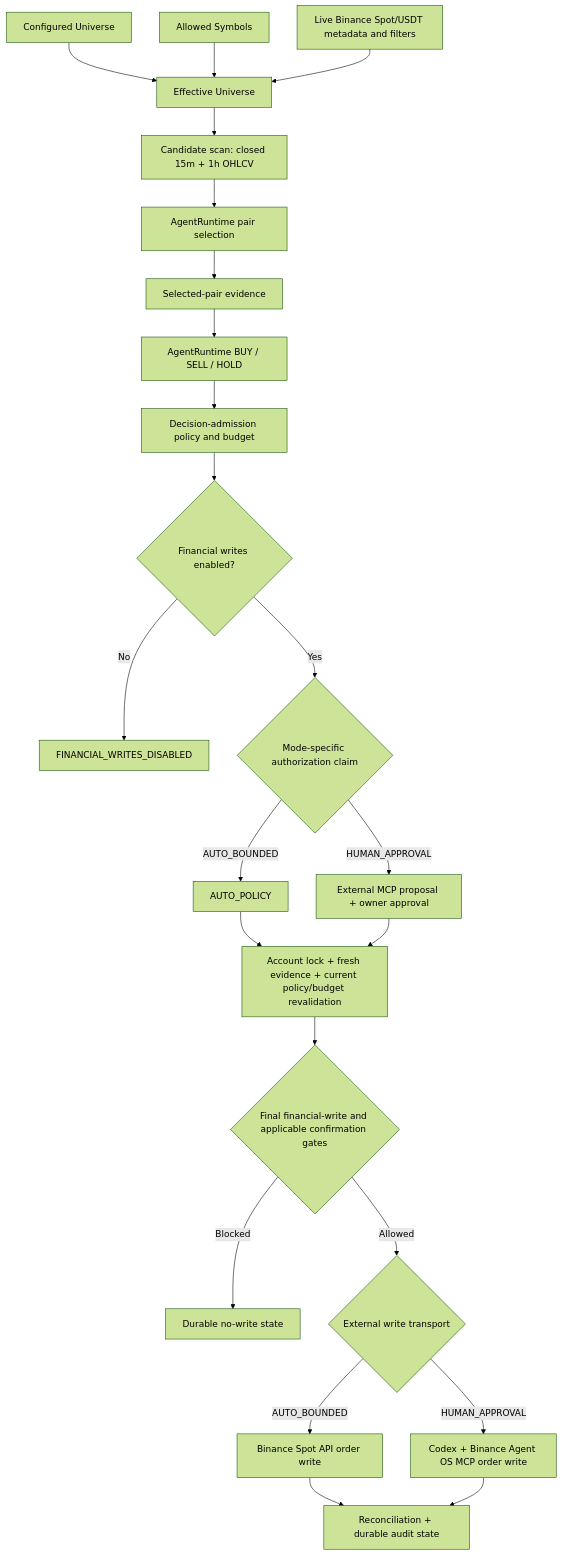
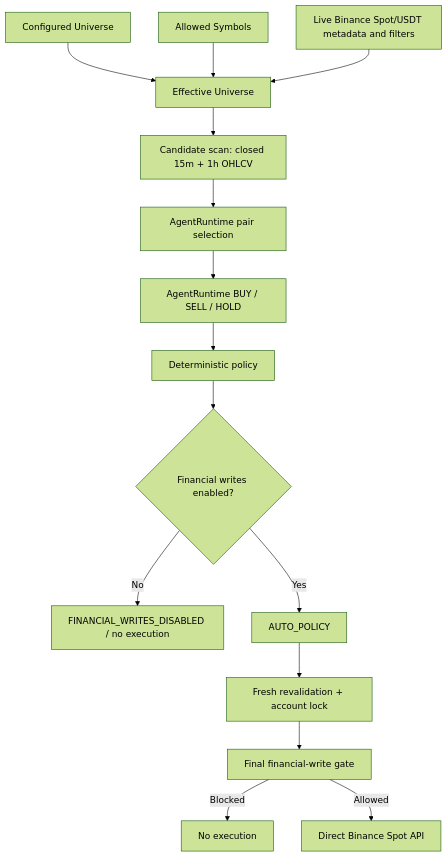
The first of 2 diagrams in docs/ARCHITECTURE.md (riyannode/DARWIN), drawn with Mermaid (forest theme) before and after one commit. The commit also changed other lines of this file and 6 other files, not shown here.

First line of the commit message:
docs: sync architecture with current runtime (#12)

````diff
--- a/docs/ARCHITECTURE.md
+++ b/docs/ARCHITECTURE.md
@@ -16,25 +18,17 @@
 ```mermaid
 flowchart TD
     C[Configured Universe] --> E[Effective Universe]
     A[Allowed Symbols] --> E
     B[Live Binance Spot/USDT metadata and filters] --> E
     E --> S[Candidate scan: closed 15m + 1h OHLCV]
     S --> P[AgentRuntime pair selection]
-    P --> D[Selected-pair evidence]
-    D --> M[AgentRuntime BUY / SELL / HOLD]
-    M --> G[Decision-admission policy and budget]
-    G --> W{Financial writes enabled?}
-    W -->|No| N[FINANCIAL_WRITES_DISABLED]
-    W -->|Yes| X{Mode-specific authorization claim}
-    X -->|AUTO_BOUNDED| AA[AUTO_POLICY]
-    X -->|HUMAN_APPROVAL| HA[External MCP proposal + owner approval]
-    AA --> Q[Account lock + fresh evidence + current policy/budget revalidation]
-    HA --> Q
-    Q --> F{Final financial-write and applicable confirmation gates}
-    F -->|Blocked| K[Durable no-write state]
-    F -->|Allowed| T{External write transport}
-    T -->|AUTO_BOUNDED| R[Binance Spot API order write]
-    T -->|HUMAN_APPROVAL| H[Codex + Binance Agent OS MCP order write]
-    R --> J[Reconciliation + durable audit state]
-    H --> J
+    P --> M[AgentRuntime BUY / SELL / HOLD]
+    M --> G[Deterministic policy]
+    G --> F{Financial writes enabled?}
+    F -->|No| N[FINANCIAL_WRITES_DISABLED / no execution]
+    F -->|Yes| W[AUTO_POLICY]
+    W --> Q[Fresh revalidation + account lock]
+    Q --> Z[Final financial-write gate]
+    Z -->|Blocked| K[No execution]
+    Z -->|Allowed| R[Direct Binance Spot API]
 ```
````
